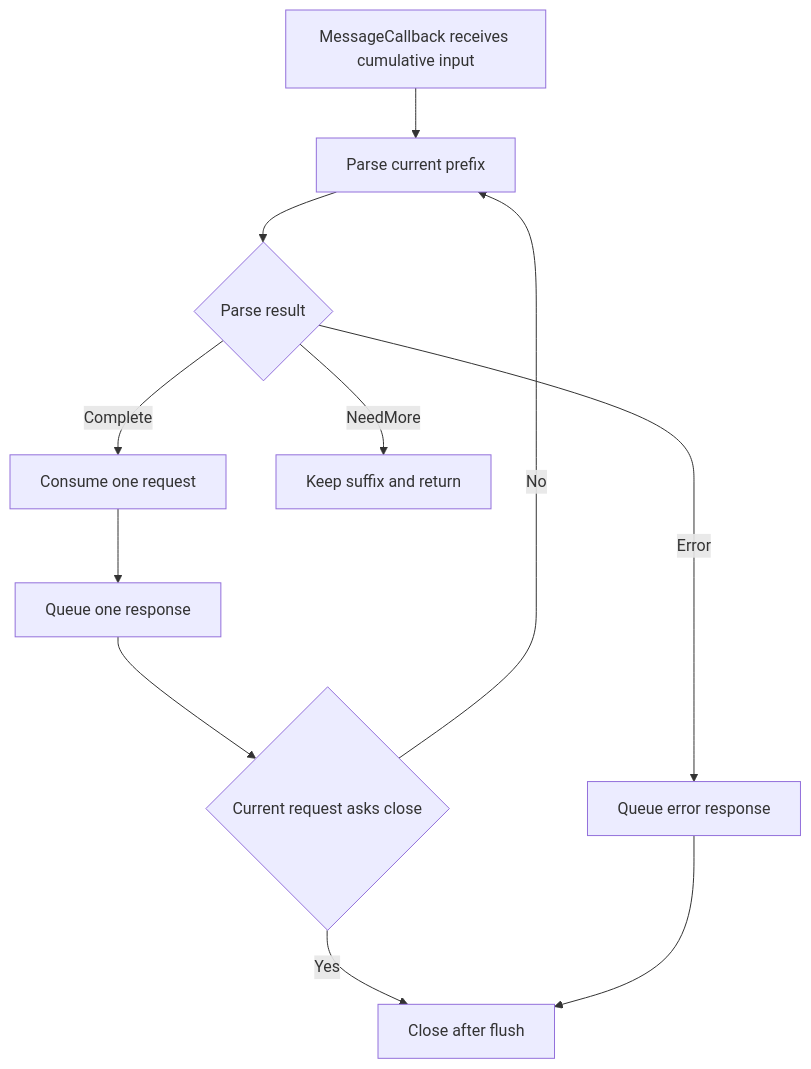
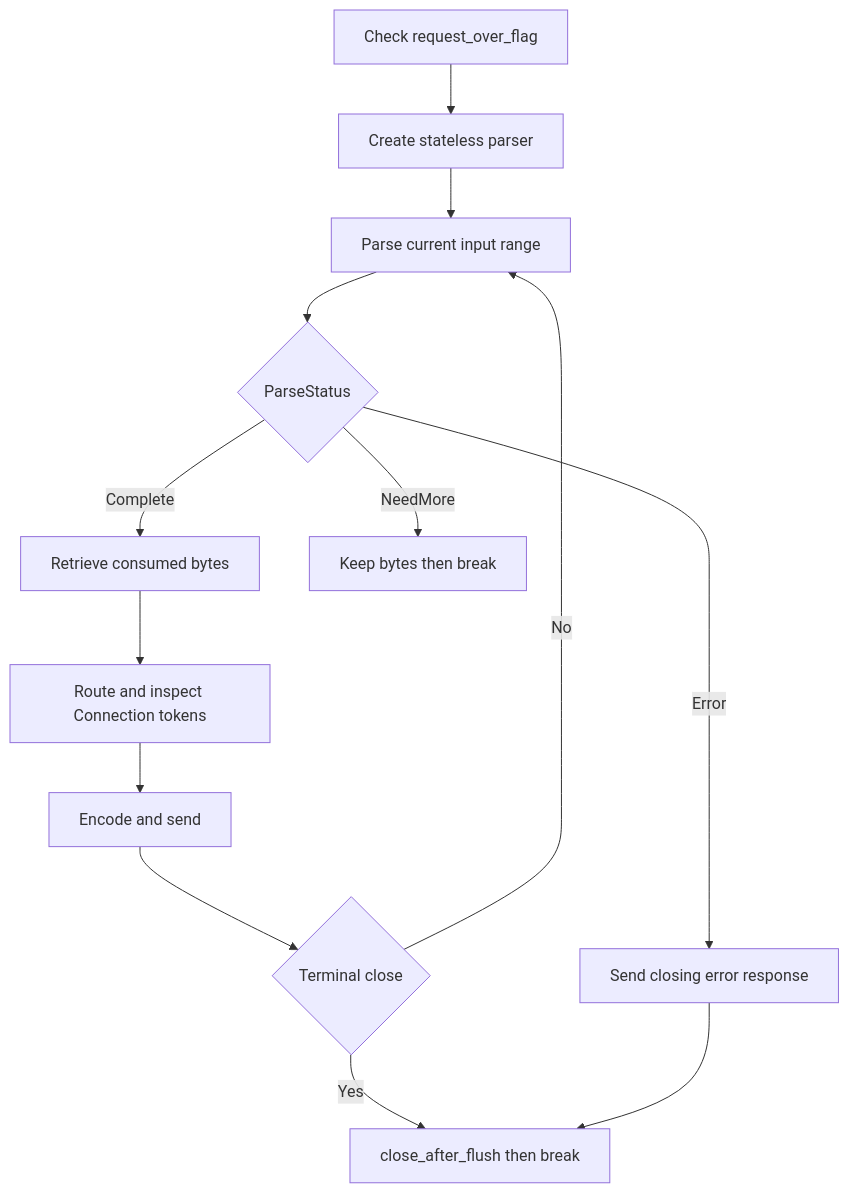
One commit to FxorG00/system-learning-notes changed the diagram in week11/day6/day6.md. Above: the diagram before and after it, drawn with Mermaid. The commit also changed other lines of this file and 2 other files, not shown here.

Commit message:
docs: tailor week11 day6 after r1

````diff
--- a/week11/day6/day6.md
+++ b/week11/day6/day6.md
@@ -725,13 +784,15 @@
 ```mermaid
 flowchart TD
-    A["MessageCallback receives cumulative input"] --> B["Parse current prefix"]
-    B --> C{"Parse result"}
-    C -->|"Complete"| D["Consume one request"]
-    D --> E["Queue one response"]
-    E --> F{"Current request asks close"}
-    F -->|"No"| B
-    F -->|"Yes"| G["Close after flush"]
-    C -->|"NeedMore"| H["Keep suffix and return"]
-    C -->|"Error"| I["Queue error response"]
-    I --> G
+    A["Check request_over_flag"] --> B["Create stateless parser"]
+    B --> C["Parse current input range"]
+    C --> D{"ParseStatus"}
+    D -->|"Complete"| E["Retrieve consumed bytes"]
+    E --> F["Route and inspect Connection tokens"]
+    F --> G["Encode and send"]
+    G --> H{"Terminal close"}
+    H -->|"No"| C
+    H -->|"Yes"| I["close_after_flush then break"]
+    D -->|"NeedMore"| J["Keep bytes then break"]
+    D -->|"Error"| K["Send closing error response"]
+    K --> I
 ```
````
